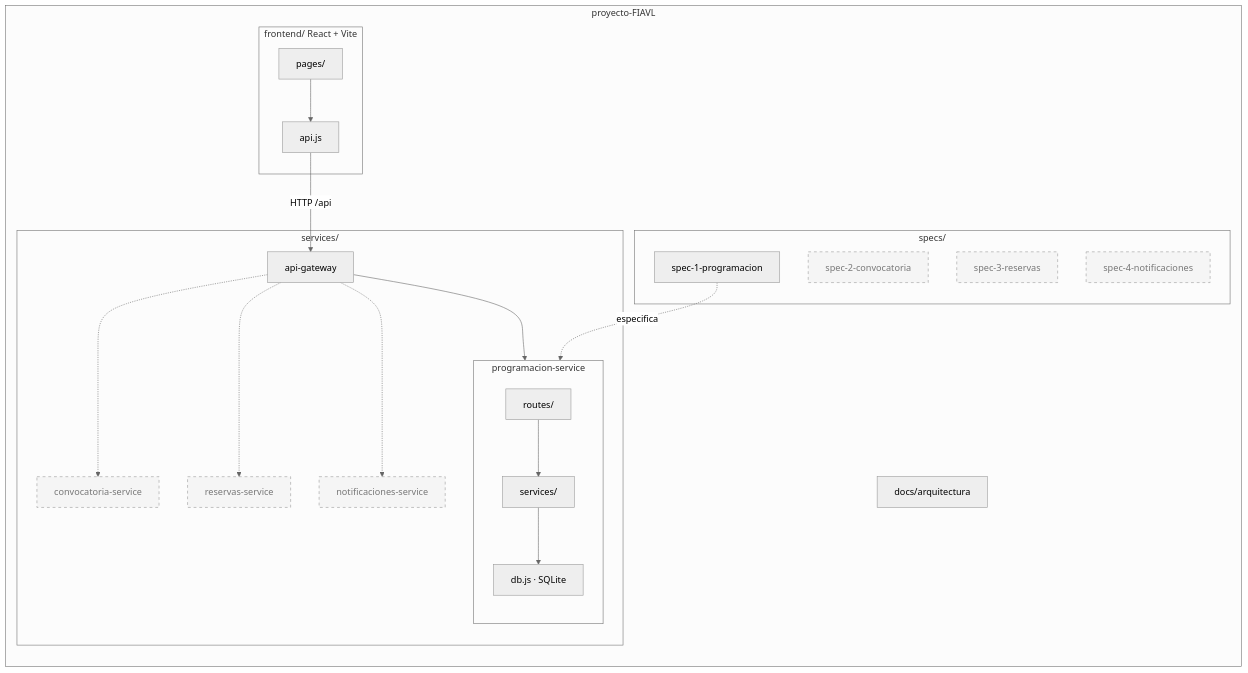
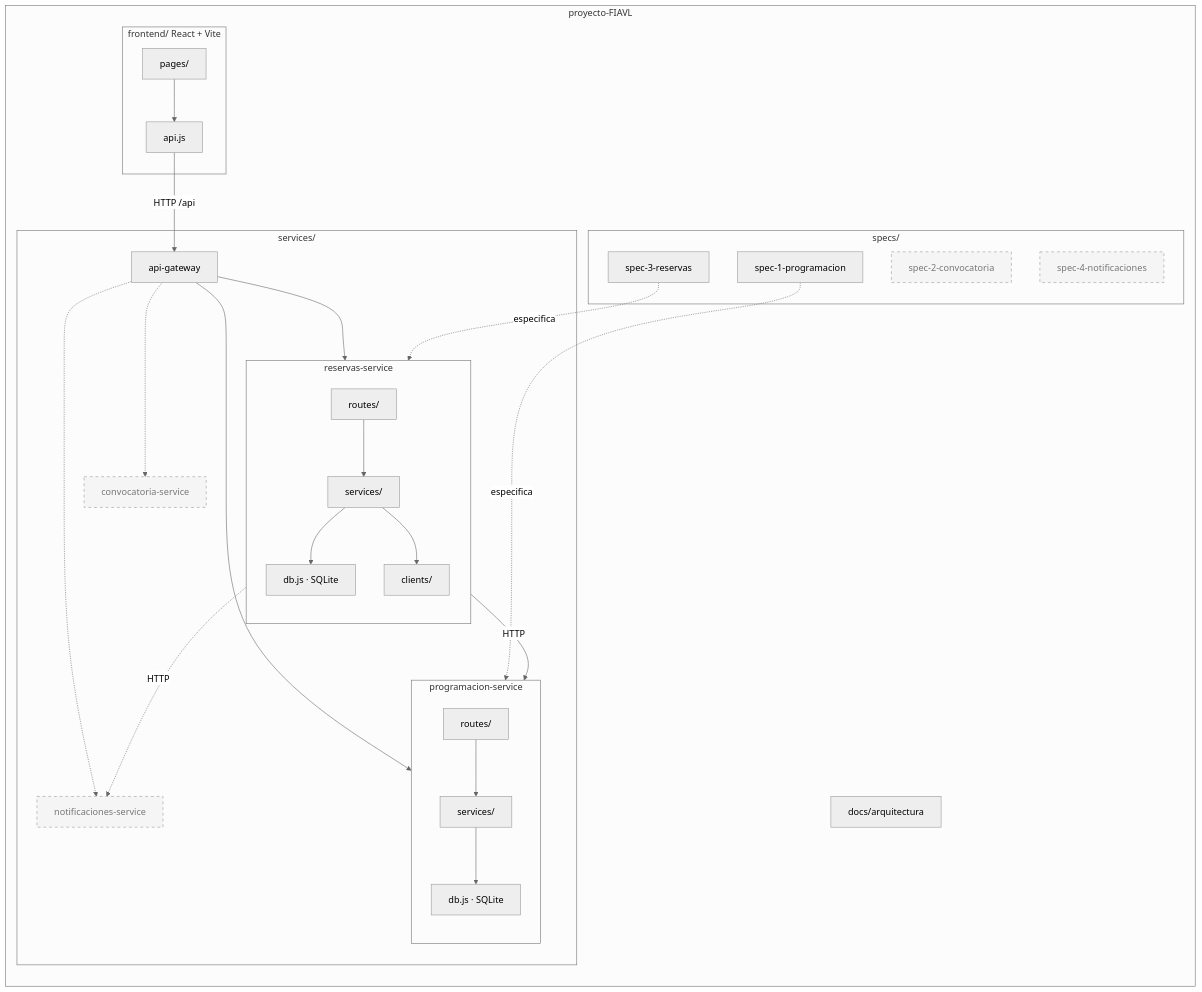
One commit to JorgeBeltran-11/proyecto-FIAVL changed the third of 7 diagrams in docs/arquitectura/README.md. Above: the diagram before and after it, drawn with Mermaid (neutral theme). The commit also changed other lines of this file and 13 other files, not shown here.

Commit message:
feat(spec-3): reservas-service, pantalla Mis reservas e integración con el gateway

````diff
--- a/docs/arquitectura/README.md
+++ b/docs/arquitectura/README.md
@@ -133,34 +133,41 @@
 ```mermaid
 flowchart TB
     subgraph repo[proyecto-FIAVL]
         direction TB
         subgraph specs[specs/]
             s1[spec-1-programacion]
             s2[spec-2-convocatoria]:::pend
-            s3[spec-3-reservas]:::pend
+            s3[spec-3-reservas]
             s4[spec-4-notificaciones]:::pend
         end
         subgraph fe[frontend/ React + Vite]
             pages[pages/] --> apijs[api.js]
         end
         subgraph services[services/]
             gw[api-gateway]
             subgraph prog[programacion-service]
                 direction TB
                 rutas[routes/] --> negocio[services/] --> datos[db.js · SQLite]
             end
             conv[convocatoria-service]:::pend
-            res[reservas-service]:::pend
+            subgraph res[reservas-service]
+                direction TB
+                rutasR[routes/] --> negocioR[services/] --> datosR[db.js · SQLite]
+                negocioR --> clientesR[clients/]
+            end
             noti[notificaciones-service]:::pend
         end
         docs[docs/arquitectura]
     end
     apijs -->|HTTP /api| gw
     gw --> prog
     gw -.-> conv
-    gw -.-> res
+    gw --> res
     gw -.-> noti
+    clientesR -->|HTTP| prog
+    clientesR -.->|HTTP| noti
     s1 -. especifica .-> prog
+    s3 -. especifica .-> res
 
     classDef pend stroke-dasharray: 5 5,fill:#f5f5f5,color:#777
 ```
````
